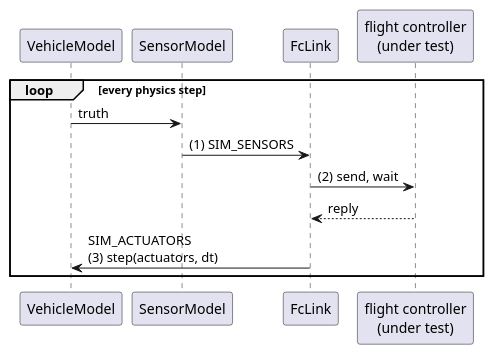
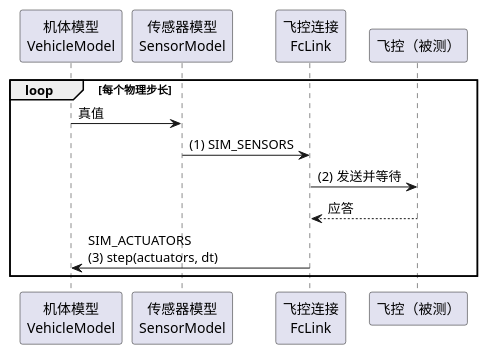
One commit to ravii/ruhnix-flight-system changed the diagram in docs/diagrams/sim-lockstep.puml. Above: the diagram before and after it, drawn with PlantUML. The commit also changed 12 other files, not shown here.

First line of the commit message:
docs: Chinese PlantUML diagrams without ":" in element names

```diff
--- a/docs/diagrams/sim-lockstep.puml
+++ b/docs/diagrams/sim-lockstep.puml
@@ -1,16 +1,16 @@
 @startuml
 ' rfs-diagram: sim-lockstep
 skinparam shadowing false
-participant VehicleModel
-participant SensorModel
-participant FcLink
-participant "flight controller\n(under test)" as FC
+participant "机体模型\nVehicleModel" as VM
+participant "传感器模型\nSensorModel" as SM
+participant "飞控连接\nFcLink" as LINK
+participant "飞控（被测）" as FC
 
-loop every physics step
-  VehicleModel -> SensorModel : truth
-  SensorModel -> FcLink : (1) SIM_SENSORS
-  FcLink -> FC : (2) send, wait
-  FC --> FcLink : reply
-  FcLink -> VehicleModel : SIM_ACTUATORS\n(3) step(actuators, dt)
+loop 每个物理步长
+  VM -> SM : 真值
+  SM -> LINK : (1) SIM_SENSORS
+  LINK -> FC : (2) 发送并等待
+  FC --> LINK : 应答
+  LINK -> VM : SIM_ACTUATORS\n(3) step(actuators, dt)
 end
 @enduml
```
